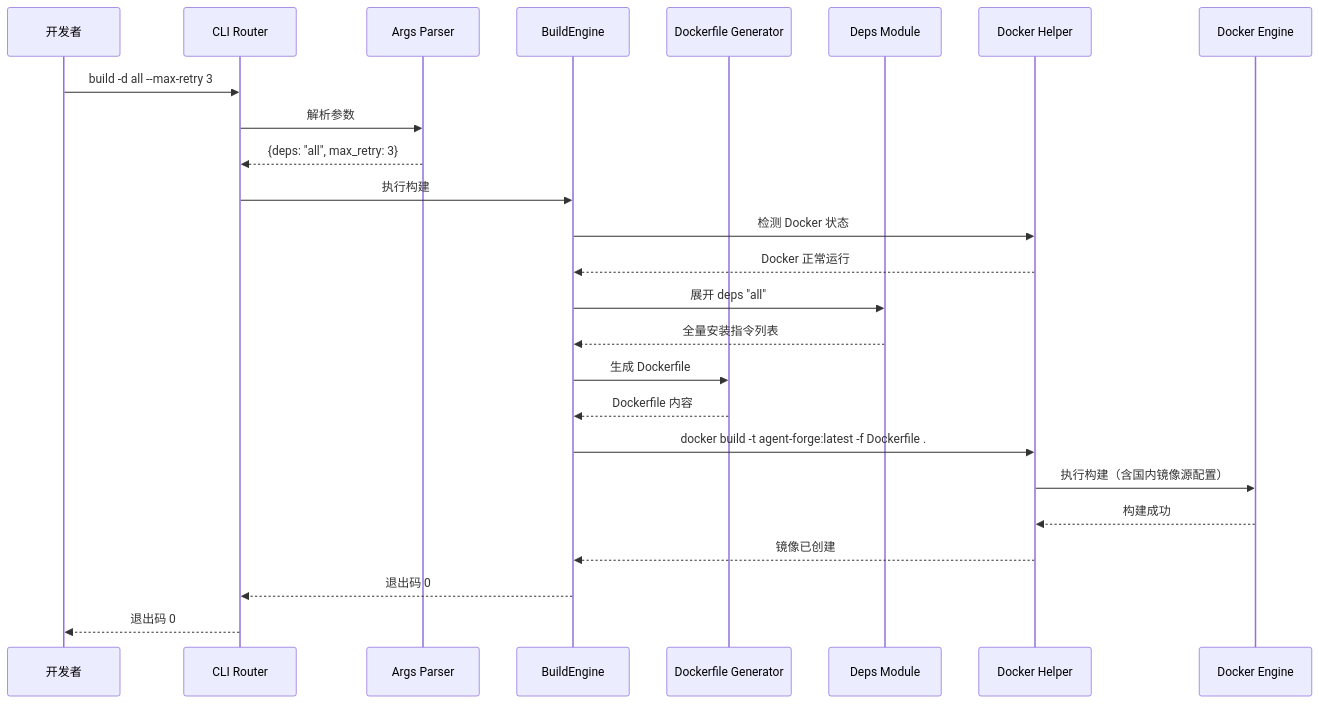
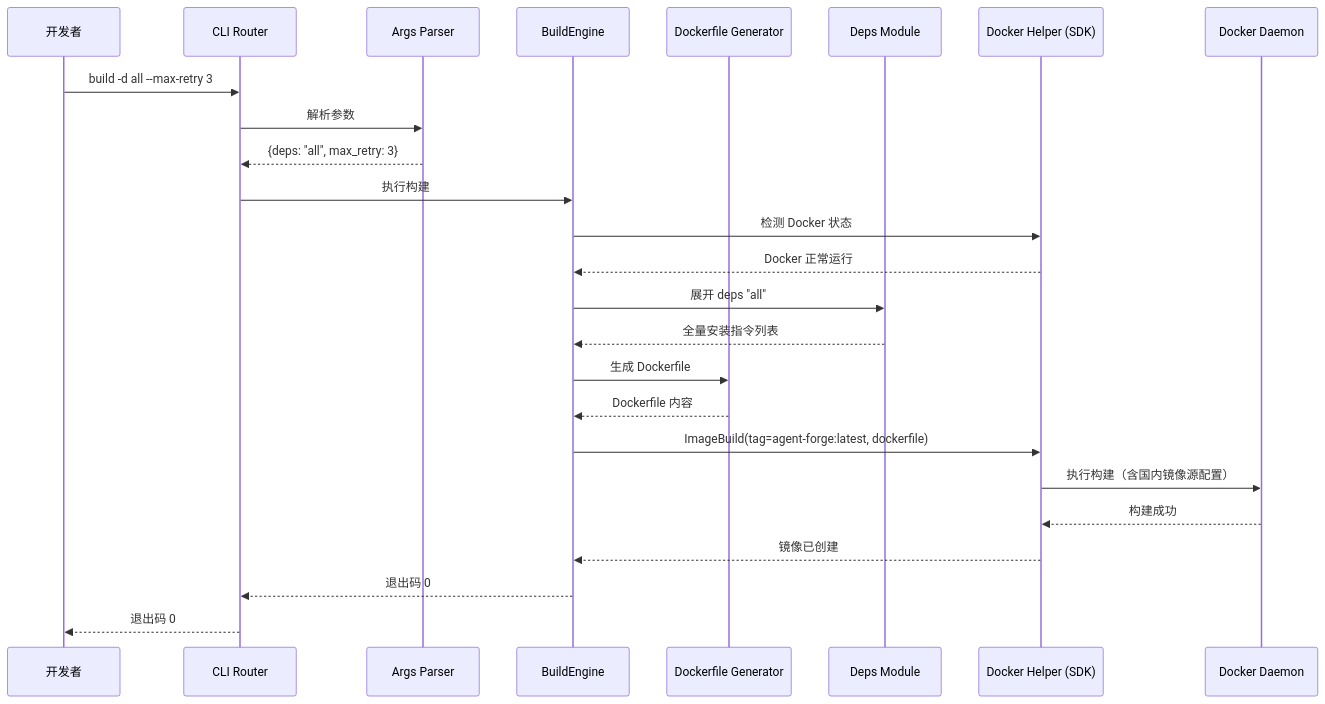
Before and after one commit to bianc2018/AgentForge: the third of 23 diagrams in docs/features/agent-forge/design.md, drawn with Mermaid. The commit also changed other lines of this file, not shown here.

First line of the commit message:
refactor: 设计文档 Docker CLI 全面迁移至 Docker SDK

````diff
--- a/docs/features/agent-forge/design.md
+++ b/docs/features/agent-forge/design.md
@@ -571,28 +571,28 @@
 ```mermaid
 sequenceDiagram
     participant Dev as 开发者
     participant CLI as CLI Router
     participant AP as Args Parser
     participant BE as BuildEngine
     participant DF as Dockerfile Generator
     participant DEP as Deps Module
-    participant DH as Docker Helper
-    participant DK as Docker Engine
+    participant DH as Docker Helper (SDK)
+    participant DK as Docker Daemon
 
     Dev->>CLI: build -d all --max-retry 3
     CLI->>AP: 解析参数
     AP-->>CLI: {deps: "all", max_retry: 3}
     CLI->>BE: 执行构建
     BE->>DH: 检测 Docker 状态
     DH-->>BE: Docker 正常运行
     BE->>DEP: 展开 deps "all"
     DEP-->>BE: 全量安装指令列表
     BE->>DF: 生成 Dockerfile
     DF-->>BE: Dockerfile 内容
-    BE->>DH: docker build -t agent-forge:latest -f Dockerfile .
+    BE->>DH: ImageBuild(tag=agent-forge:latest, dockerfile)
     DH->>DK: 执行构建（含国内镜像源配置）
     DK-->>DH: 构建成功
     DH-->>BE: 镜像已创建
     BE-->>CLI: 退出码 0
     CLI-->>Dev: 退出码 0
 ```
````
